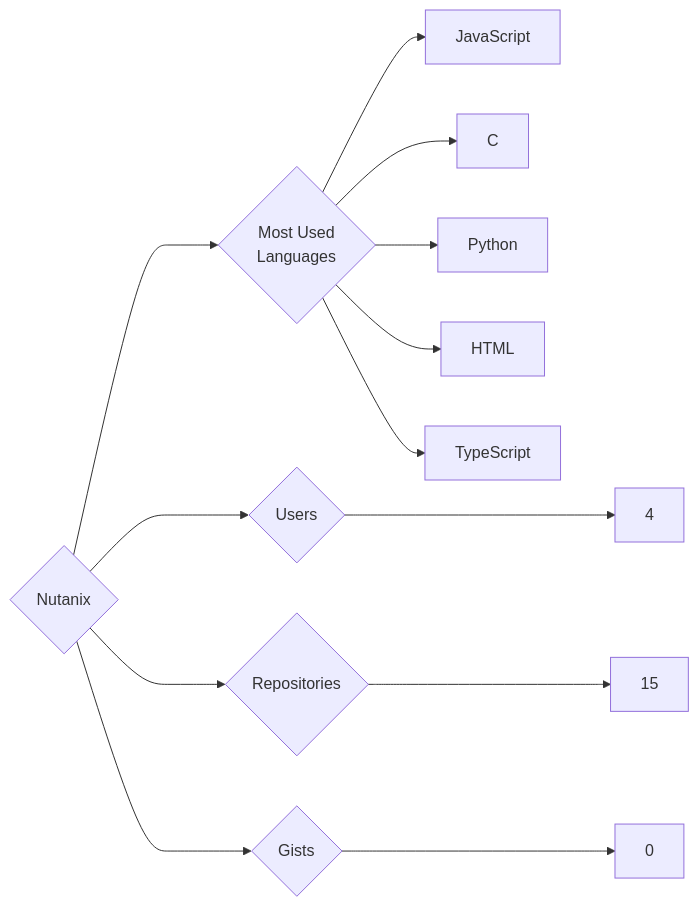
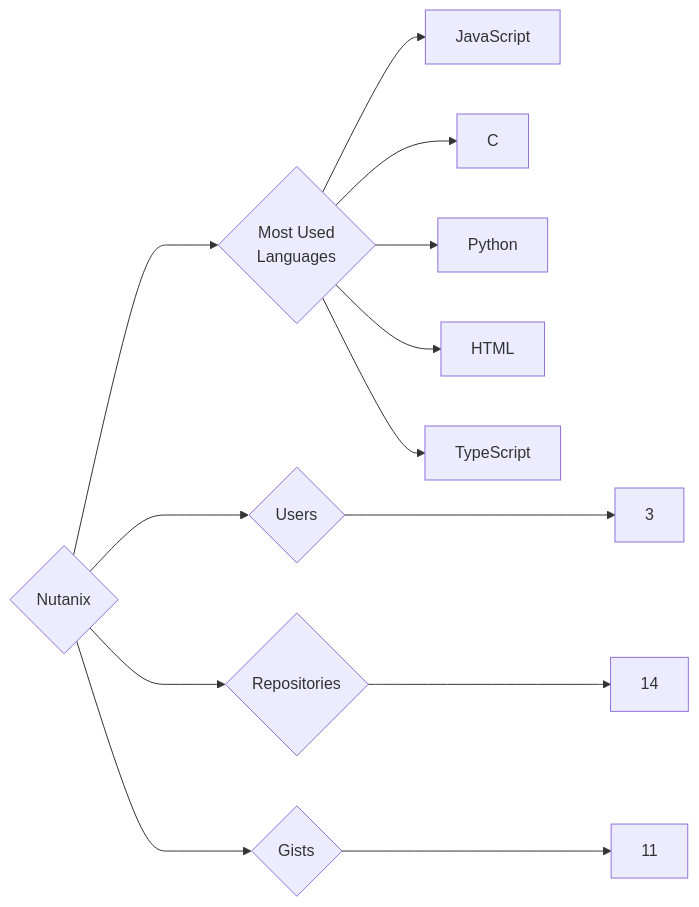
Before and after one commit to trickest/insiders: the diagram in targets/Nutanix/README.md, drawn with Mermaid. The commit also changed 997 other files, not shown here.

````diff
--- a/targets/Nutanix/README.md
+++ b/targets/Nutanix/README.md
@@ -3,13 +3,13 @@
 ```mermaid
 graph LR
 COMPANY_NAME{Nutanix}
-COMPANY_NAME ---> U{Users} ---> UN[4]
-COMPANY_NAME ---> R{Repositories} ---> RN[15]
-COMPANY_NAME ---> G{Gists} ---> GN[0]
+COMPANY_NAME ---> U{Users} ---> UN[3]
+COMPANY_NAME ---> R{Repositories} ---> RN[14]
+COMPANY_NAME ---> G{Gists} ---> GN[11]
 COMPANY_NAME ---> ML{Most Used<br>Languages}
-ML --> JavaScript
-ML --> C
-ML --> Python
-ML --> HTML
-ML --> TypeScript
+ML --> JavaScript[JavaScript]
+ML --> C[C]
+ML --> Python[Python]
+ML --> HTML[HTML]
+ML --> TypeScript[TypeScript]
 ```
````
